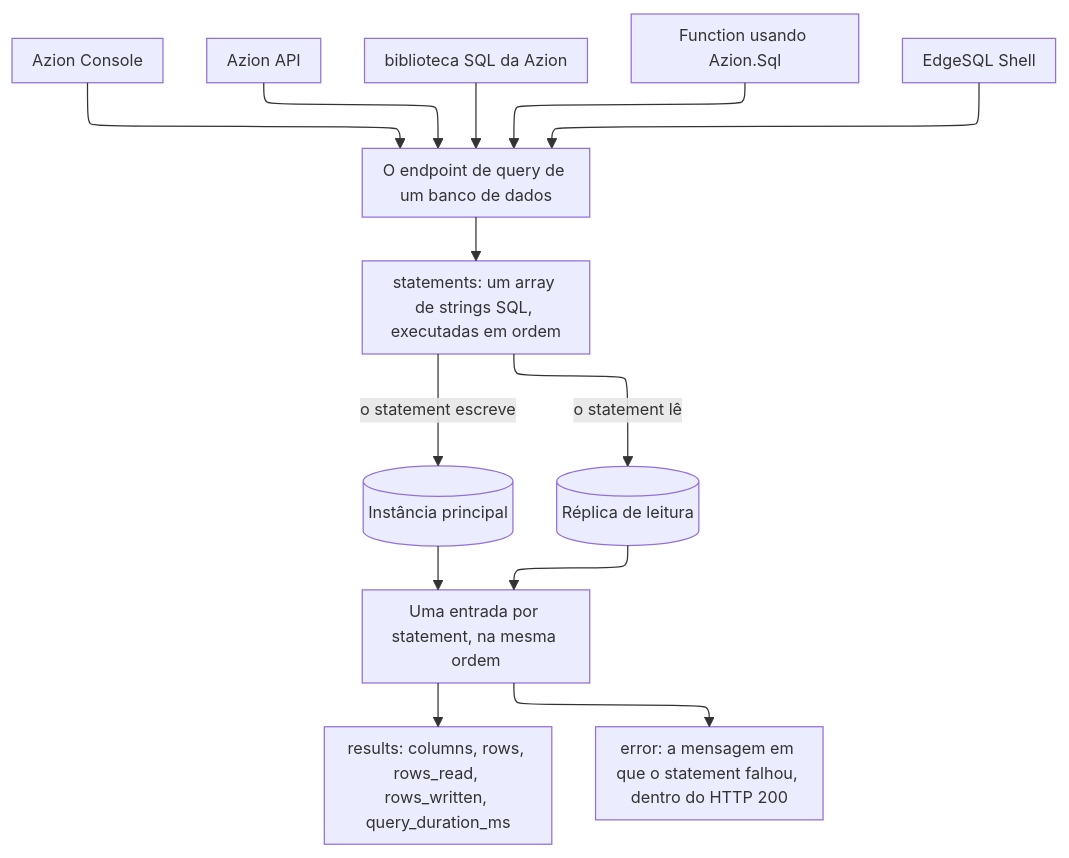
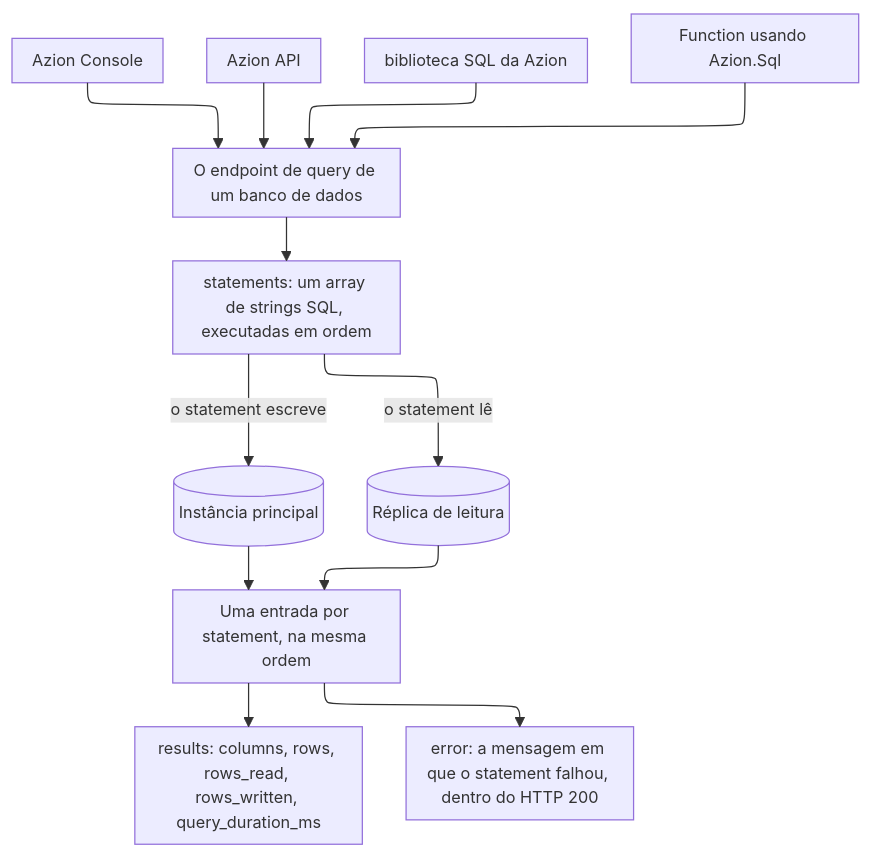
One commit to aziontech/docs changed the diagram in apps/docs/src/content/docs/pt-br/pages/store/sql-database/como-funciona.mdx. Above: the diagram before and after it, drawn with Mermaid. The commit also changed other lines of this file and 37 other files, not shown here.

Commit message:
docs(sql): retire the EdgeSQL Shell pages and every mention of the tool (#2671)

````diff
--- a/apps/docs/src/content/docs/pt-br/pages/store/sql-database/como-funciona.mdx
+++ b/apps/docs/src/content/docs/pt-br/pages/store/sql-database/como-funciona.mdx
@@ -55,16 +55,15 @@
 ```mermaid
 %%{init: {"layout": "elk", "themeVariables": {"fontSize": "13px"}, "flowchart": {"nodeSpacing": 24, "rankSpacing": 36, "padding": 8, "wrappingWidth": 150, "useMaxWidth": true}, "sequence": {"width": 120, "actorMargin": 30, "useMaxWidth": true}}}%%
 flowchart TD
   Console["Azion Console"] --> Endpoint["O endpoint de query de um banco de dados"]
   Api["Azion API"] --> Endpoint
   Library["biblioteca SQL da Azion"] --> Endpoint
   FunctionCaller["Function usando Azion.Sql"] --> Endpoint
-  Shell["EdgeSQL Shell"] --> Endpoint
   Endpoint --> Statements["statements: um array de strings SQL, executadas em ordem"]
   Statements -->|"o statement escreve"| Main[("Instância principal")]
   Statements -->|"o statement lê"| Replica[("Réplica de leitura")]
   Main --> Entry["Uma entrada por statement, na mesma ordem"]
   Replica --> Entry
   Entry --> Results["results: columns, rows, rows_read, rows_written, query_duration_ms"]
   Entry --> Error["error: a mensagem em que o statement falhou, dentro do HTTP 200"]
 ```
````
